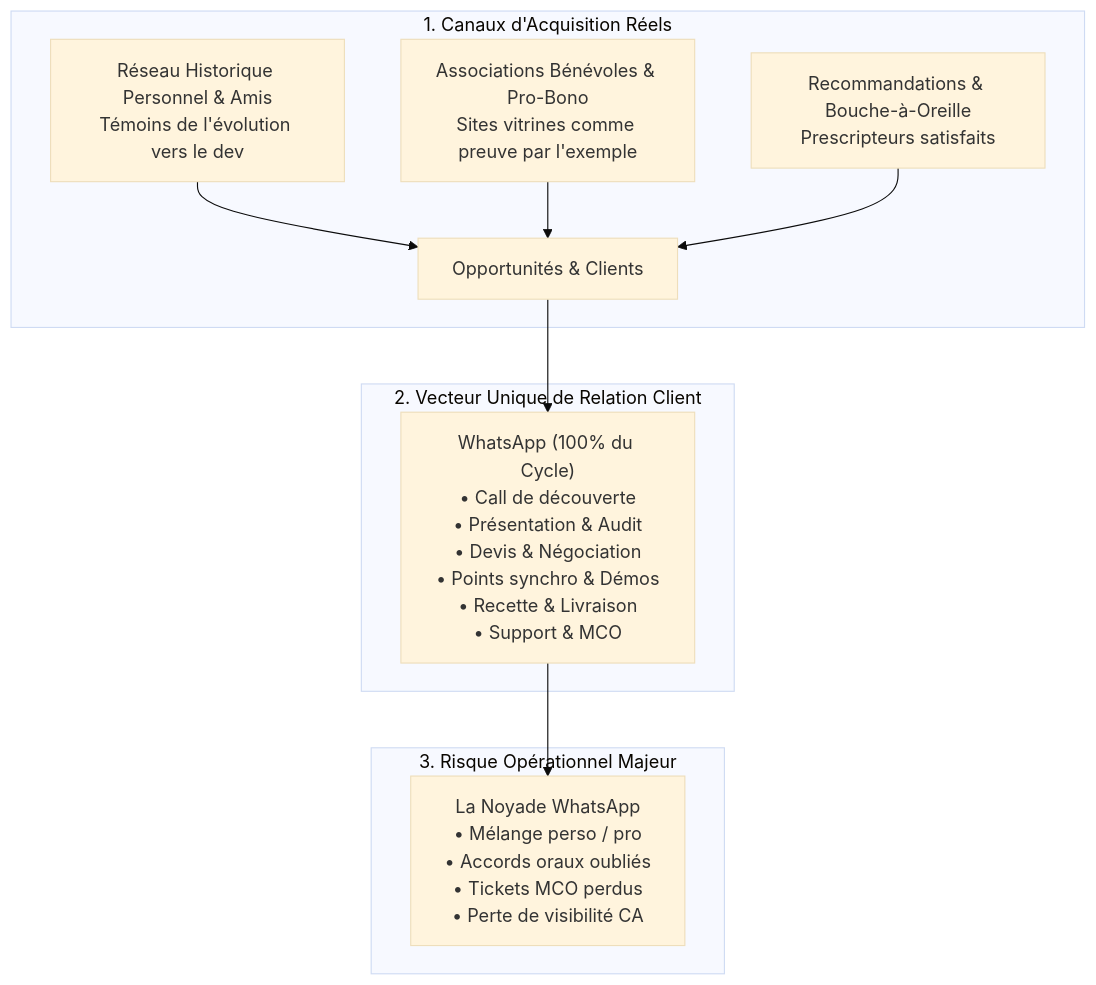
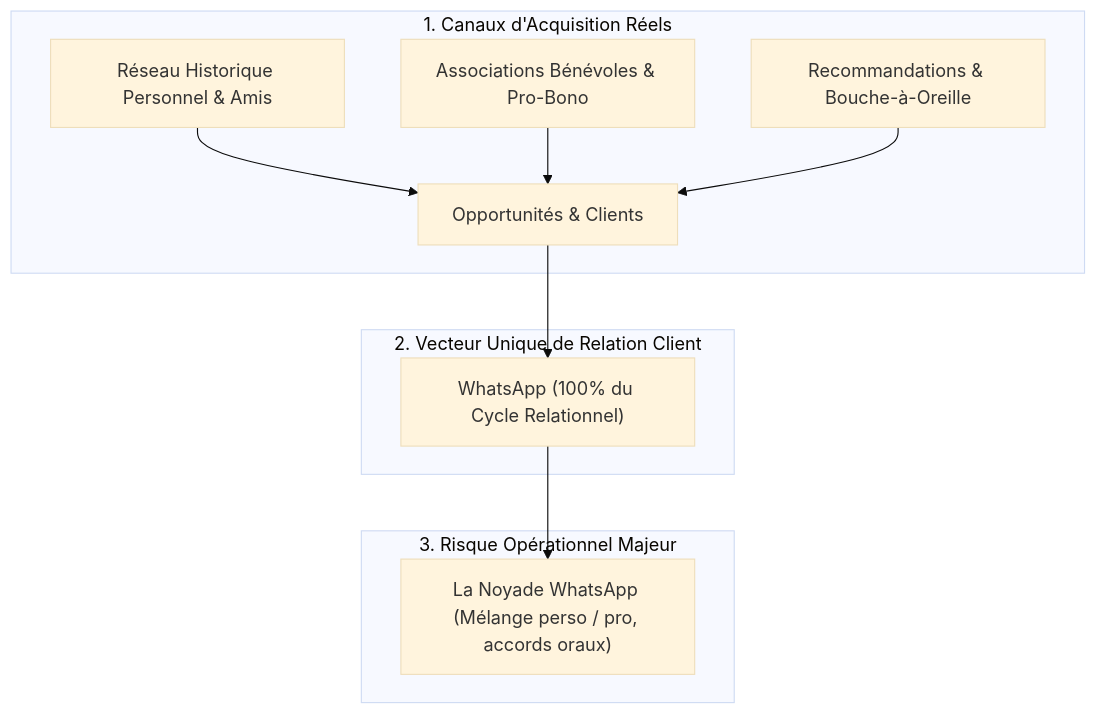
One commit to tawounfouet/pycrmkit changed the first of 2 diagrams in docs/analysis/whatsapp-and-referral-crm-analysis.md. Above: the diagram before and after it, drawn with Mermaid (base theme). The commit also changed other lines of this file and 33 other files, not shown here.

Commit message:
fix(docs): standardize relative markdown links, fix mermaid syntax and add ascii schemas

````diff
--- a/docs/analysis/whatsapp-and-referral-crm-analysis.md
+++ b/docs/analysis/whatsapp-and-referral-crm-analysis.md
@@ -17,16 +17,16 @@
 ```mermaid
 flowchart TD
     subgraph Acquisition ["1. Canaux d'Acquisition Réels"]
-        R1[Réseau Historique Personnel & Amis<br/>Témoins de l'évolution vers le dev] --> Deals[Opportunités & Clients]
-        R2[Associations Bénévoles & Pro-Bono<br/>Sites vitrines comme preuve par l'exemple] --> Deals
-        R3[Recommandations & Bouche-à-Oreille<br/>Prescripteurs satisfaits] --> Deals
+        R1["Réseau Historique Personnel & Amis"] --> Deals["Opportunités & Clients"]
+        R2["Associations Bénévoles & Pro-Bono"] --> Deals
+        R3["Recommandations & Bouche-à-Oreille"] --> Deals
     end
 
     subgraph Vecteur ["2. Vecteur Unique de Relation Client"]
-        Deals --> WA["WhatsApp (100% du Cycle)<br/>• Call de découverte<br/>• Présentation & Audit<br/>• Devis & Négociation<br/>• Points synchro & Démos<br/>• Recette & Livraison<br/>• Support & MCO"]
+        Deals --> WA["WhatsApp (100% du Cycle Relationnel)"]
     end
 
     subgraph Risque ["3. Risque Opérationnel Majeur"]
-        WA --> Dilution["La Noyade WhatsApp<br/>• Mélange perso / pro<br/>• Accords oraux oubliés<br/>• Tickets MCO perdus<br/>• Perte de visibilité CA"]
+        WA --> Dilution["La Noyade WhatsApp (Mélange perso / pro, accords oraux)"]
     end
 ```
````
